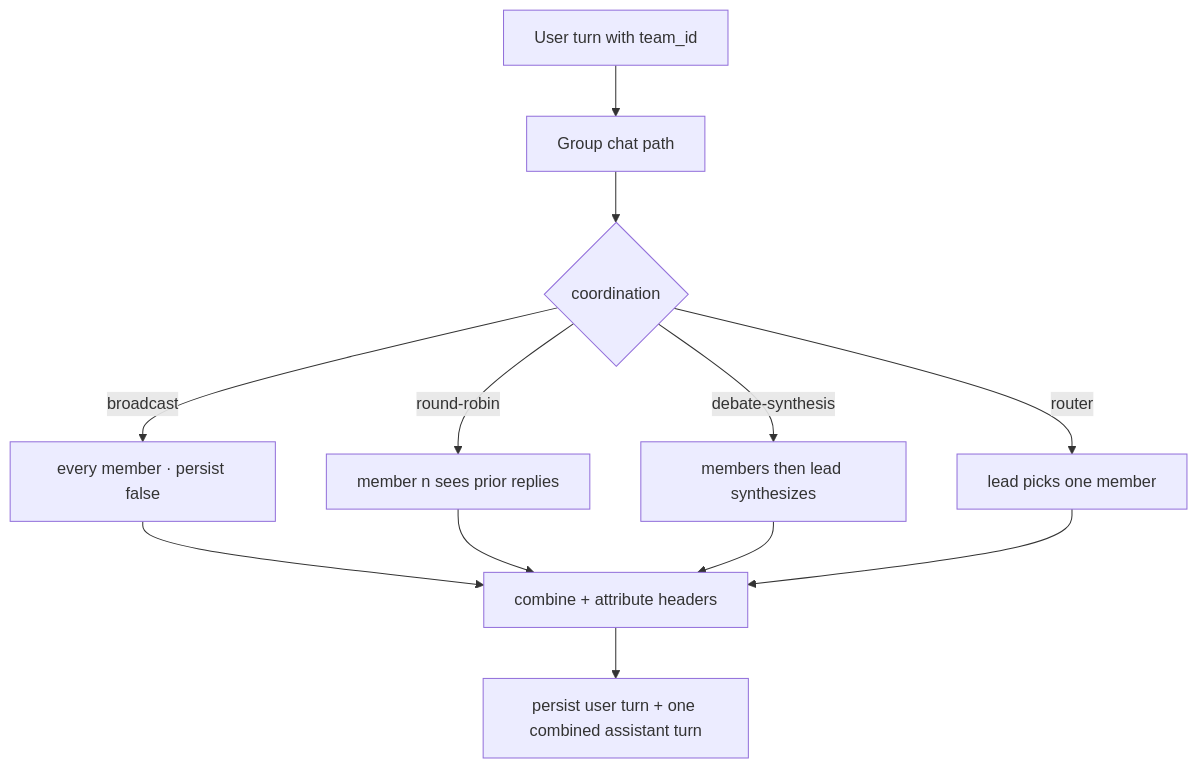
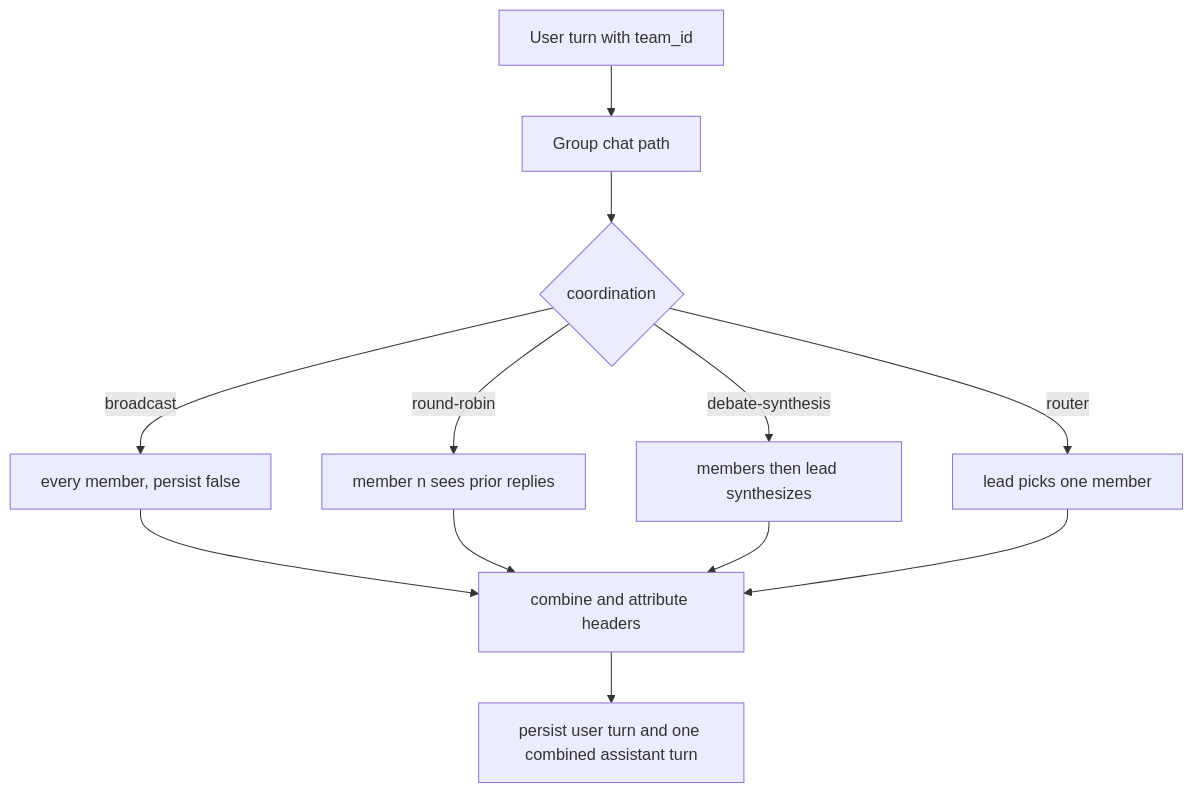
One commit to amajorai/ryu-docs changed the second of 2 diagrams in content/docs/core/agent-teams.mdx. Above: the diagram before and after it, drawn with Mermaid. The commit also changed other lines of this file and 2642 other files, not shown here.

````diff
--- a/content/docs/core/agent-teams.mdx
+++ b/content/docs/core/agent-teams.mdx
@@ -71,14 +114,14 @@
 ```mermaid
 flowchart TD
   U[User turn with team_id] --> R[Group chat path]
   R --> S{coordination}
-  S -->|broadcast| M1[every member · persist false]
+  S -->|broadcast| M1["every member, persist false"]
   S -->|round-robin| M2[member n sees prior replies]
   S -->|debate-synthesis| M3[members then lead synthesizes]
   S -->|router| M4[lead picks one member]
-  M1 --> C[combine + attribute headers]
+  M1 --> C["combine and attribute headers"]
   M2 --> C
   M3 --> C
   M4 --> C
-  C --> P[persist user turn + one combined assistant turn]
+  C --> P["persist user turn and one combined assistant turn"]
 ```
````
